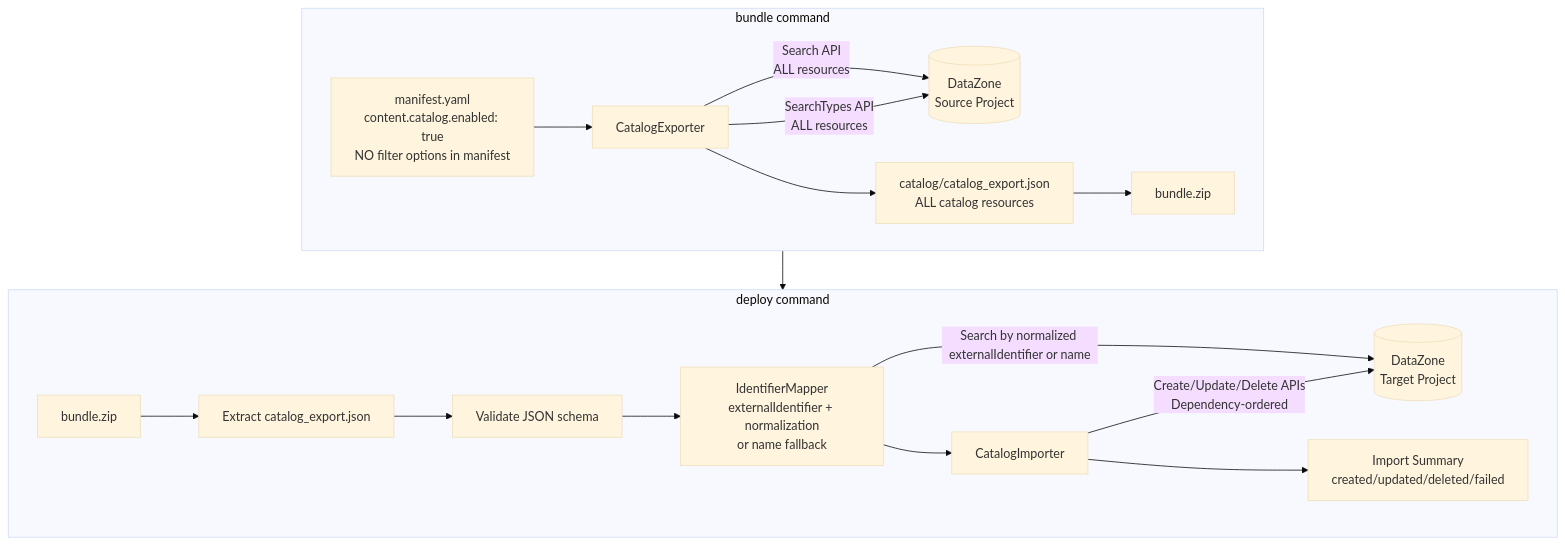
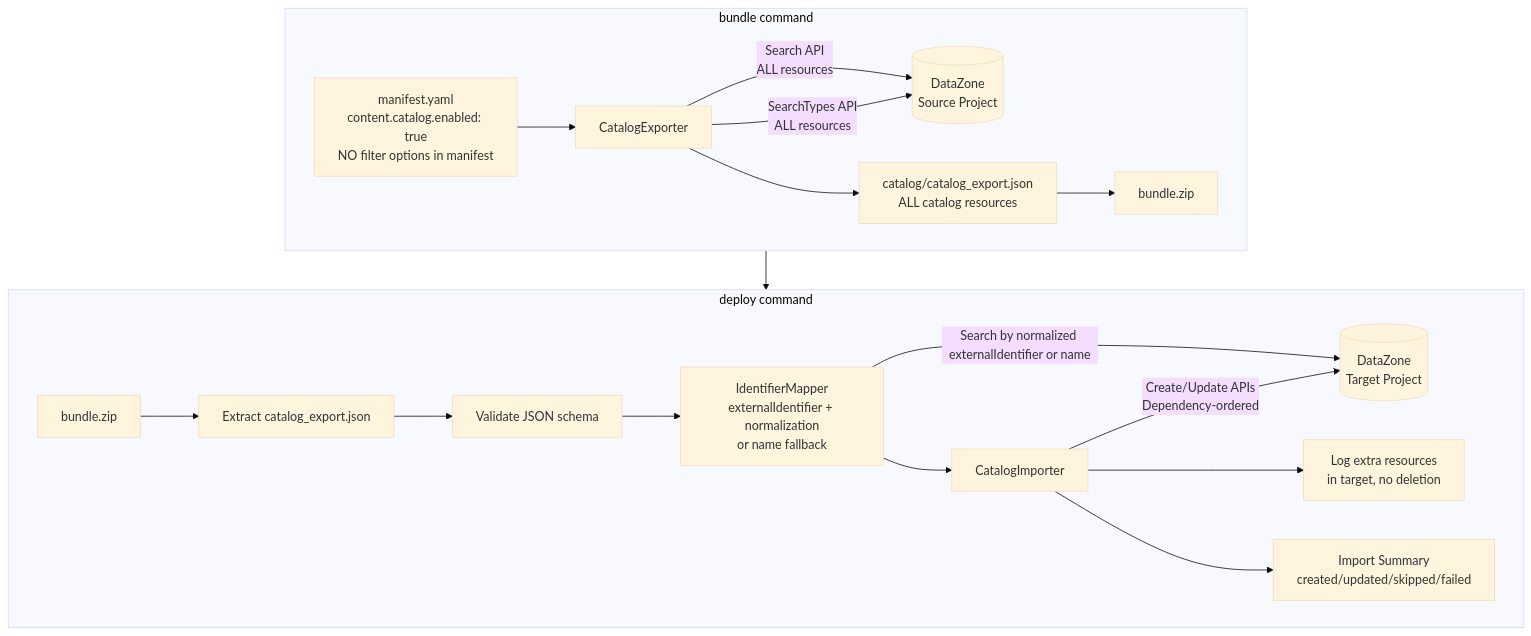
Before and after one commit to vasu2856/CICD-for-SageMakerUnifiedStudio-public: the first of 2 diagrams in .kiro/specs/datazone-catalog-import-export/design.md, drawn with Mermaid (base theme). The commit also changed other lines of this file and 10 other files, not shown here.

First line of the commit message:
feat(catalog-import-export): clarify resource handling, remove resource deletion during deploy and update documentation

````diff
--- a/.kiro/specs/datazone-catalog-import-export/design.md
+++ b/.kiro/specs/datazone-catalog-import-export/design.md
@@ -11,22 +11,23 @@
 ```mermaid
 flowchart TD
     subgraph Bundle["bundle command"]
         M[manifest.yaml<br/>content.catalog.enabled: true<br/>NO filter options in manifest] --> CE[CatalogExporter]
         CE -->|Search API<br/>ALL resources| DZ1[(DataZone<br/>Source Project)]
         CE -->|SearchTypes API<br/>ALL resources| DZ1
         CE --> JSON[catalog/catalog_export.json<br/>ALL catalog resources]
         JSON --> ZIP[bundle.zip]
     end
 
     subgraph Deploy["deploy command"]
         ZIP2[bundle.zip] --> UNZIP[Extract catalog_export.json]
         UNZIP --> VAL[Validate JSON schema]
         VAL --> IM[IdentifierMapper<br/>externalIdentifier + normalization<br/>or name fallback]
         IM -->|Search by normalized externalIdentifier or name| DZ2[(DataZone<br/>Target Project)]
         IM --> CI[CatalogImporter]
-        CI -->|Create/Update/Delete APIs<br/>Dependency-ordered| DZ2
-        CI --> SUM[Import Summary<br/>created/updated/deleted/failed]
+        CI -->|Create/Update APIs<br/>Dependency-ordered| DZ2
+        CI --> LOG[Log extra resources<br/>in target, no deletion]
+        CI --> SUM[Import Summary<br/>created/updated/skipped/failed]
     end
 
     Bundle --> Deploy
 ```
````
